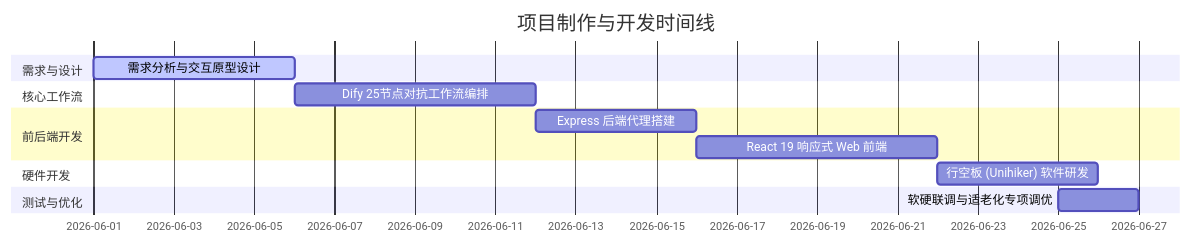
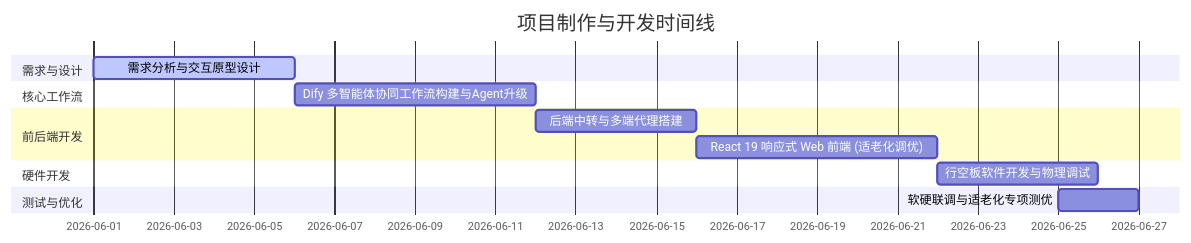
One commit to tensonyin/VeriFlow-AntiRumor changed the third of 3 diagrams in PROJECT_PROCESS.md. Above: the diagram before and after it, drawn with Mermaid. The commit also changed other lines of this file and 30 other files, not shown here.

````diff
--- a/PROJECT_PROCESS.md
+++ b/PROJECT_PROCESS.md
@@ -78,16 +342,16 @@
 ```mermaid
 gantt
     title 项目制作与开发时间线
     dateFormat  YYYY-MM-DD
     section 需求与设计
     需求分析与交互原型设计      :active, 2026-06-01, 5d
     section 核心工作流
-    Dify 25节点对抗工作流编排 : 2026-06-06, 6d
+    Dify 多智能体协同工作流构建与Agent升级 : 2026-06-06, 6d
     section 前后端开发
-    Express 后端代理搭建      : 2026-06-12, 4d
-    React 19 响应式 Web 前端  : 2026-06-16, 6d
+    后端中转与多端代理搭建      : 2026-06-12, 4d
+    React 19 响应式 Web 前端 (适老化调优)  : 2026-06-16, 6d
     section 硬件开发
-    行空板 (Unihiker) 软件研发 : 2026-06-22, 4d
+    行空板软件开发与物理调试 : 2026-06-22, 4d
     section 测试与优化
-    软硬联调与适老化专项调优   : 2026-06-25, 2d
+    软硬联调与适老化专项测优   : 2026-06-25, 2d
 ```
````
